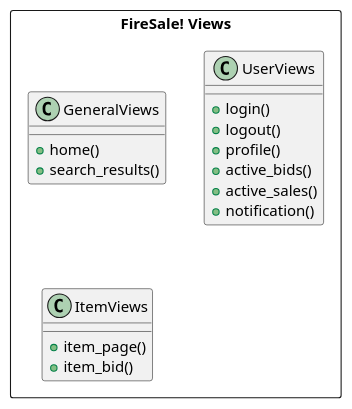
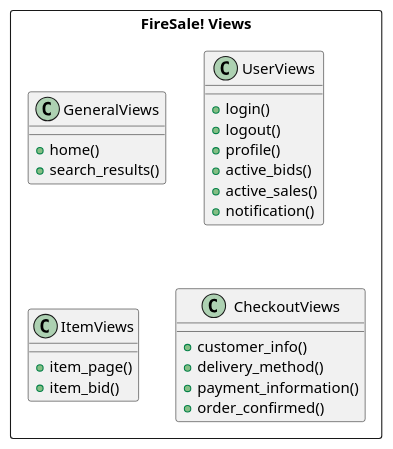
The diagram in docs/diagrams/clsViews.pu (T-220-VLN2-H2/Code), drawn with PlantUML before and after one commit. The commit also changed 2 other files, not shown here.

```diff
--- a/docs/diagrams/clsViews.pu
+++ b/docs/diagrams/clsViews.pu
@@ -1,22 +1,29 @@
 @startuml FireSaleViews
 rectangle "FireSale! Views" as views {
     class GeneralViews {
         + home()
         + search_results()
     }
 
     class UserViews {
         + login()
         + logout()
         + profile()
         + active_bids()
         + active_sales()
         + notification()
     }
 
     class ItemViews {
         + item_page()
         + item_bid()
     }
+
+    class CheckoutViews {
+        + customer_info()
+        + delivery_method()
+        + payment_information()
+        + order_confirmed()
+    }
 }
 @enduml
```
